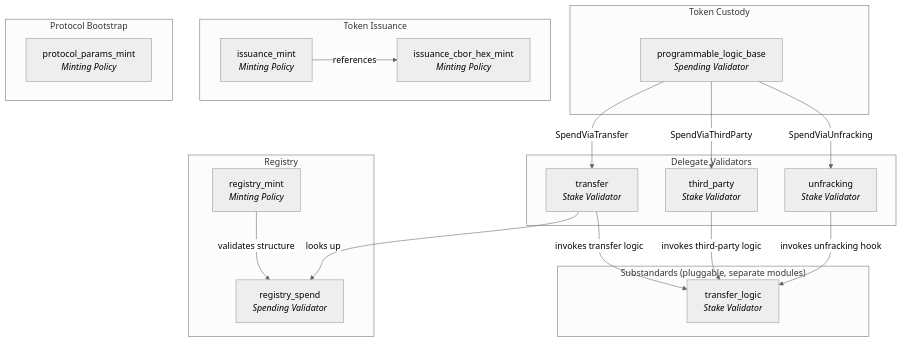
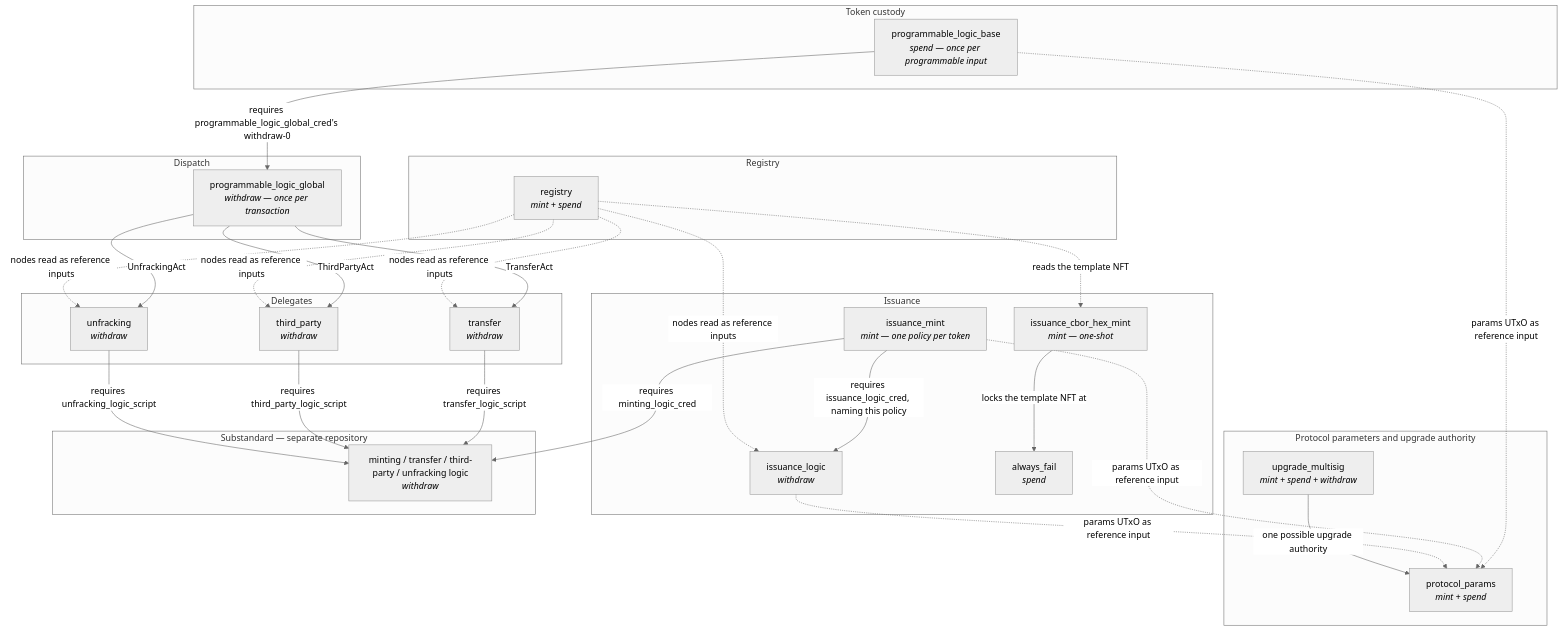
Before and after one commit to cardano-foundation/cip113-programmable-tokens: the first of 3 diagrams in documentation/02-ARCHITECTURE.md, drawn with Mermaid (neutral theme). The commit also changed other lines of this file and 5 other files, not shown here.

First line of the commit message:
docs: rewrite the protocol documentation against the current validators

````diff
--- a/documentation/02-ARCHITECTURE.md
+++ b/documentation/02-ARCHITECTURE.md
@@ -56,40 +85,56 @@
 ```mermaid
 graph TB
-    subgraph "Token Custody"
-        PLB[programmable_logic_base<br/><i>Spending Validator</i>]
+    subgraph "Token custody"
+        PLB["programmable_logic_base<br/><i>spend — once per programmable input</i>"]
     end
 
-    subgraph "Delegate Validators"
-        TR[transfer<br/><i>Stake Validator</i>]
-        TP[third_party<br/><i>Stake Validator</i>]
-        UF[unfracking<br/><i>Stake Validator</i>]
+    subgraph "Dispatch"
+        PLG["programmable_logic_global<br/><i>withdraw — once per transaction</i>"]
+    end
+
+    subgraph "Delegates"
+        TR["transfer<br/><i>withdraw</i>"]
+        TP["third_party<br/><i>withdraw</i>"]
+        UF["unfracking<br/><i>withdraw</i>"]
     end
 
     subgraph "Registry"
-        RM[registry_mint<br/><i>Minting Policy</i>]
-        RS[registry_spend<br/><i>Spending Validator</i>]
+        REG["registry<br/><i>mint + spend</i>"]
     end
 
-    subgraph "Token Issuance"
-        IM[issuance_mint<br/><i>Minting Policy</i>]
-        ICH[issuance_cbor_hex_mint<br/><i>Minting Policy</i>]
+    subgraph "Issuance"
+        IM["issuance_mint<br/><i>mint — one policy per token</i>"]
+        IL["issuance_logic<br/><i>withdraw</i>"]
+        ICH["issuance_cbor_hex_mint<br/><i>mint — one-shot</i>"]
+        AF["always_fail<br/><i>spend</i>"]
     end
 
-    subgraph "Protocol Bootstrap"
-        PP[protocol_params_mint<br/><i>Minting Policy</i>]
+    subgraph "Protocol parameters and upgrade authority"
+        PP["protocol_params<br/><i>mint + spend</i>"]
+        UM["upgrade_multisig<br/><i>mint + spend + withdraw</i>"]
     end
 
-    subgraph "Substandards (pluggable, separate modules)"
-        TL[transfer_logic<br/><i>Stake Validator</i>]
+    subgraph "Substandard — separate repository"
+        SUB["minting / transfer / third-party / unfracking logic<br/><i>withdraw</i>"]
     end
 
-    PLB -->|"SpendViaTransfer"| TR
-    PLB -->|"SpendViaThirdParty"| TP
-    PLB -->|"SpendViaUnfracking"| UF
-    TR -->|"looks up"| RS
-    TR -->|"invokes transfer logic"| TL
-    TP -->|"invokes third-party logic"| TL
-    UF -->|"invokes unfracking hook"| TL
-    RM -->|"validates structure"| RS
-    IM -->|"references"| ICH
+    PLB -->|"requires programmable_logic_global_cred's withdraw-0"| PLG
+    PLG -->|"TransferAct"| TR
+    PLG -->|"ThirdPartyAct"| TP
+    PLG -->|"UnfrackingAct"| UF
+    TR -->|"requires transfer_logic_script"| SUB
+    TP -->|"requires third_party_logic_script"| SUB
+    UF -->|"requires unfracking_logic_script"| SUB
+    IM -->|"requires minting_logic_cred"| SUB
+    IM -->|"requires issuance_logic_cred, naming this policy"| IL
+    REG -.->|"nodes read as reference inputs"| TR
+    REG -.->|"nodes read as reference inputs"| TP
+    REG -.->|"nodes read as reference inputs"| UF
+    REG -.->|"nodes read as reference inputs"| IL
+    REG -.->|"reads the template NFT"| ICH
+    ICH -->|"locks the template NFT at"| AF
+    PLB -.->|"params UTxO as reference input"| PP
+    IM -.->|"params UTxO as reference input"| PP
+    IL -.->|"params UTxO as reference input"| PP
+    UM -->|"one possible upgrade authority"| PP
 ```
````
